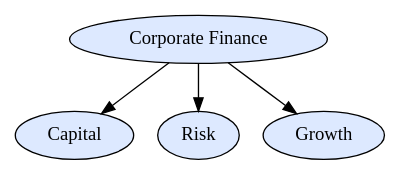
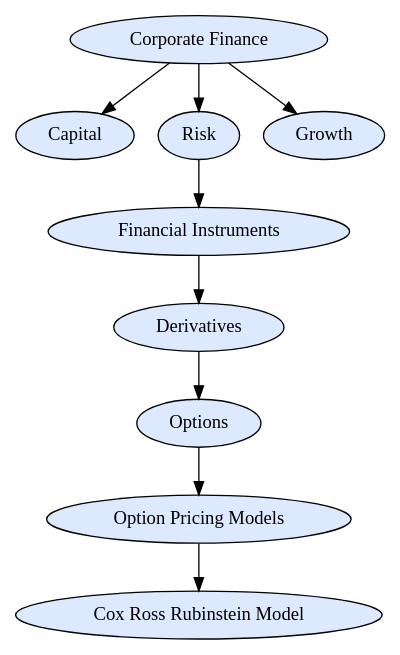
Before and after one commit to alexis-vo/mmap-finance: the diagram in generatedGraphs/dot/corporate_finance.dot, drawn with Graphviz. The commit also changed 9 other files, not shown here.

Commit message:
add CRR model

```diff
--- a/generatedGraphs/dot/corporate_finance.dot
+++ b/generatedGraphs/dot/corporate_finance.dot
@@ -1,11 +1,21 @@
 // corporate_finance
 digraph {
 	rankdir=TB
 	root [label="Corporate Finance" fillcolor="#DDE9FF" style=filled]
 	C [label=Capital fillcolor="#DDE9FF" style=filled]
 	root -> C
 	R [label=Risk fillcolor="#DDE9FF" style=filled]
 	root -> R
 	G [label=Growth fillcolor="#DDE9FF" style=filled]
 	root -> G
+	FI [label="Financial Instruments" fillcolor="#DDE9FF" style=filled]
+	R -> FI
+	D [label=Derivatives fillcolor="#DDE9FF" style=filled]
+	FI -> D
+	O [label=Options fillcolor="#DDE9FF" style=filled]
+	D -> O
+	OPM [label="Option Pricing Models" fillcolor="#DDE9FF" style=filled]
+	O -> OPM
+	CRR [label="Cox Ross Rubinstein Model" fillcolor="#DDE9FF" style=filled]
+	OPM -> CRR
 }
```
